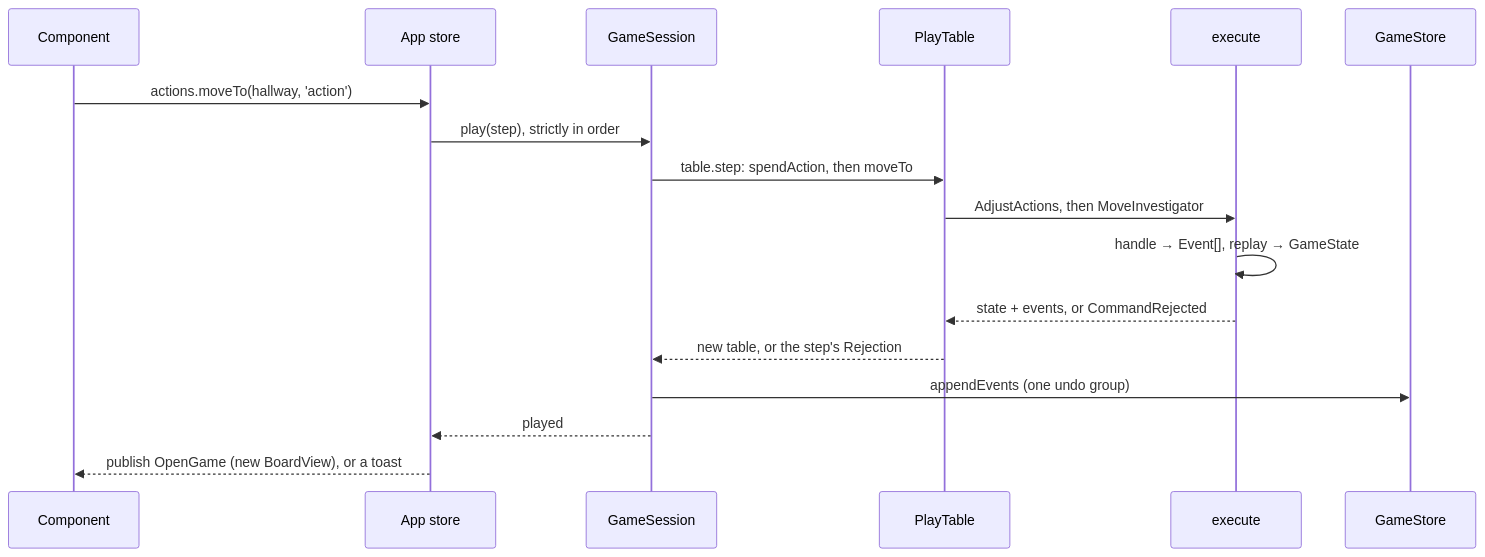
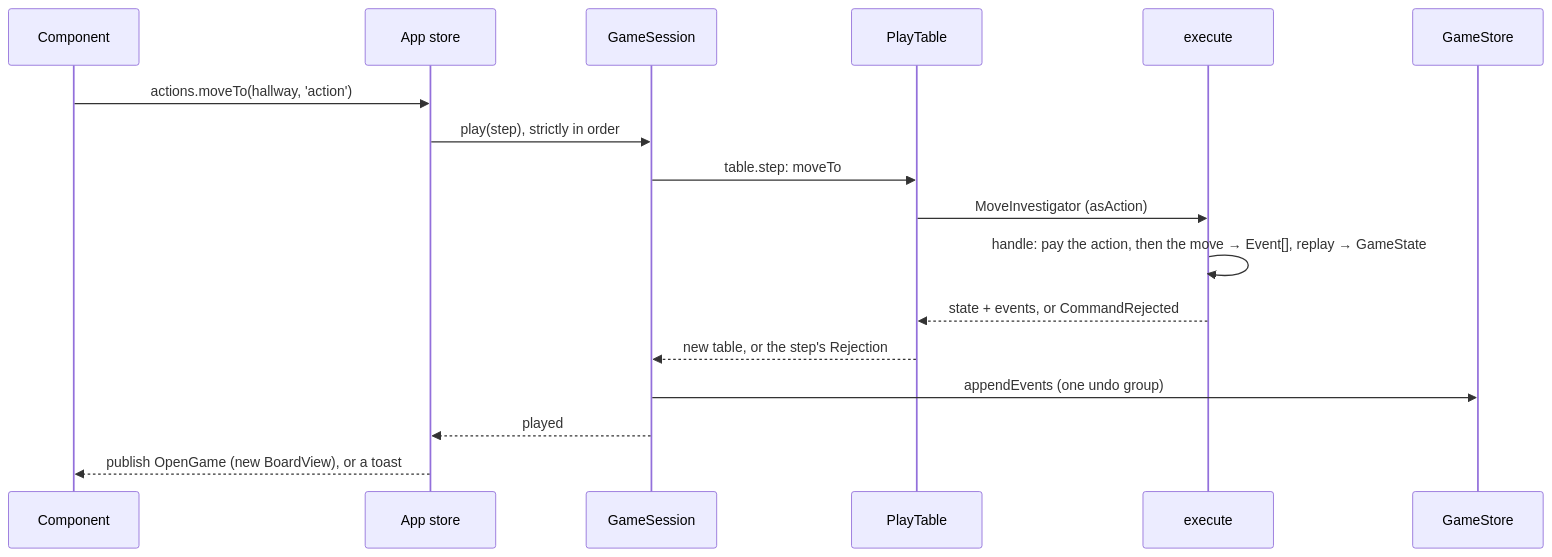
One commit to macandy13/arkham-companion changed the second of 6 diagrams in docs/architecture.md. Above: the diagram before and after it, drawn with Mermaid. The commit also changed 13 other files, not shown here.

````diff
--- a/docs/architecture.md
+++ b/docs/architecture.md
@@ -56,19 +56,19 @@
 ```mermaid
 sequenceDiagram
   participant UI as Component
   participant AS as App store
   participant GS as GameSession
   participant PT as PlayTable
   participant E as execute
   participant DB as GameStore
   UI->>AS: actions.moveTo(hallway, 'action')
   AS->>GS: play(step), strictly in order
-  GS->>PT: table.step: spendAction, then moveTo
-  PT->>E: AdjustActions, then MoveInvestigator
-  E->>E: handle → Event[], replay → GameState
+  GS->>PT: table.step: moveTo
+  PT->>E: MoveInvestigator (asAction)
+  E->>E: handle: pay the action, then the move → Event[], replay → GameState
   E-->>PT: state + events, or CommandRejected
   PT-->>GS: new table, or the step's Rejection
   GS->>DB: appendEvents (one undo group)
   GS-->>AS: played
   AS-->>UI: publish OpenGame (new BoardView), or a toast
 ```
````
